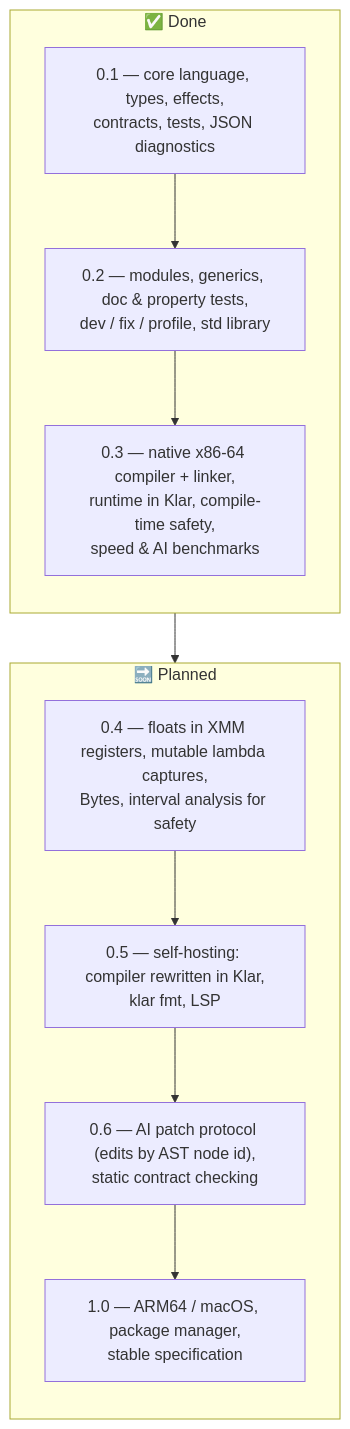
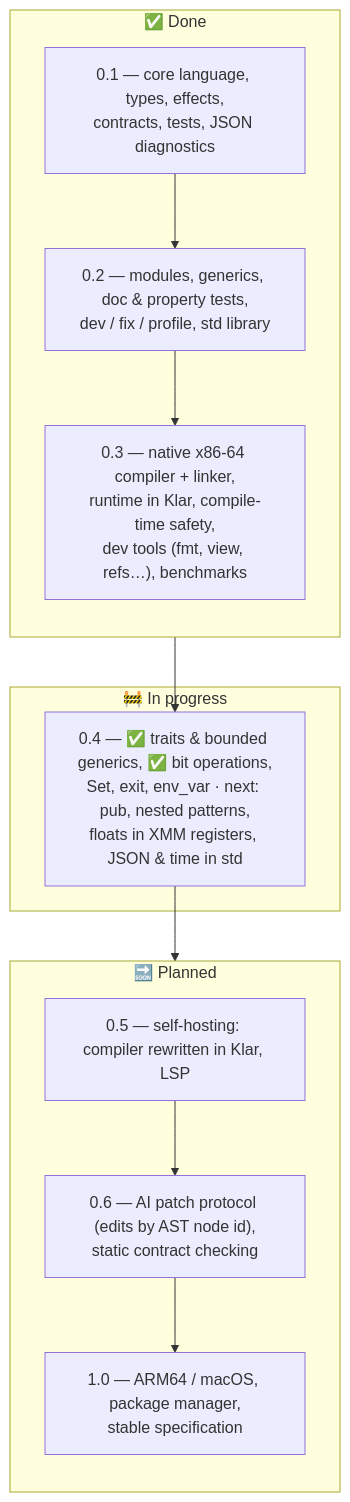
One commit to veosett/Klar changed the second of 2 diagrams in README.md. Above: the diagram before and after it, drawn with Mermaid. The commit also changed other lines of this file and 27 other files, not shown here.

First line of the commit message:
Add traits: trait/impl, default methods and bounded generics

````diff
--- a/README.md
+++ b/README.md
@@ -156,19 +156,21 @@
 ```mermaid
 flowchart TB
     subgraph done["✅ Done"]
         direction TB
         v01["0.1 — core language, types, effects,<br/>contracts, tests, JSON diagnostics"]
         v02["0.2 — modules, generics, doc &amp; property tests,<br/>dev / fix / profile, std library"]
-        v03["0.3 — native x86-64 compiler + linker,<br/>runtime in Klar, compile-time safety,<br/>speed &amp; AI benchmarks"]
+        v03["0.3 — native x86-64 compiler + linker,<br/>runtime in Klar, compile-time safety,<br/>dev tools (fmt, view, refs…), benchmarks"]
         v01 --> v02 --> v03
+    end
+    subgraph now["🚧 In progress"]
+        v04["0.4 — ✅ traits &amp; bounded generics, ✅ bit operations,<br/>Set, exit, env_var · next: pub, nested patterns,<br/>floats in XMM registers, JSON &amp; time in std"]
     end
     subgraph next["🔜 Planned"]
         direction TB
-        v04["0.4 — floats in XMM registers, mutable lambda captures,<br/>Bytes, interval analysis for safety"]
-        v05["0.5 — self-hosting: compiler rewritten in Klar,<br/>klar fmt, LSP"]
+        v05["0.5 — self-hosting: compiler rewritten in Klar, LSP"]
         v06["0.6 — AI patch protocol (edits by AST node id),<br/>static contract checking"]
         v10["1.0 — ARM64 / macOS, package manager,<br/>stable specification"]
-        v04 --> v05 --> v06 --> v10
+        v05 --> v06 --> v10
     end
-    v03 --> v04
+    v03 --> v04 --> v05
 ```
````
